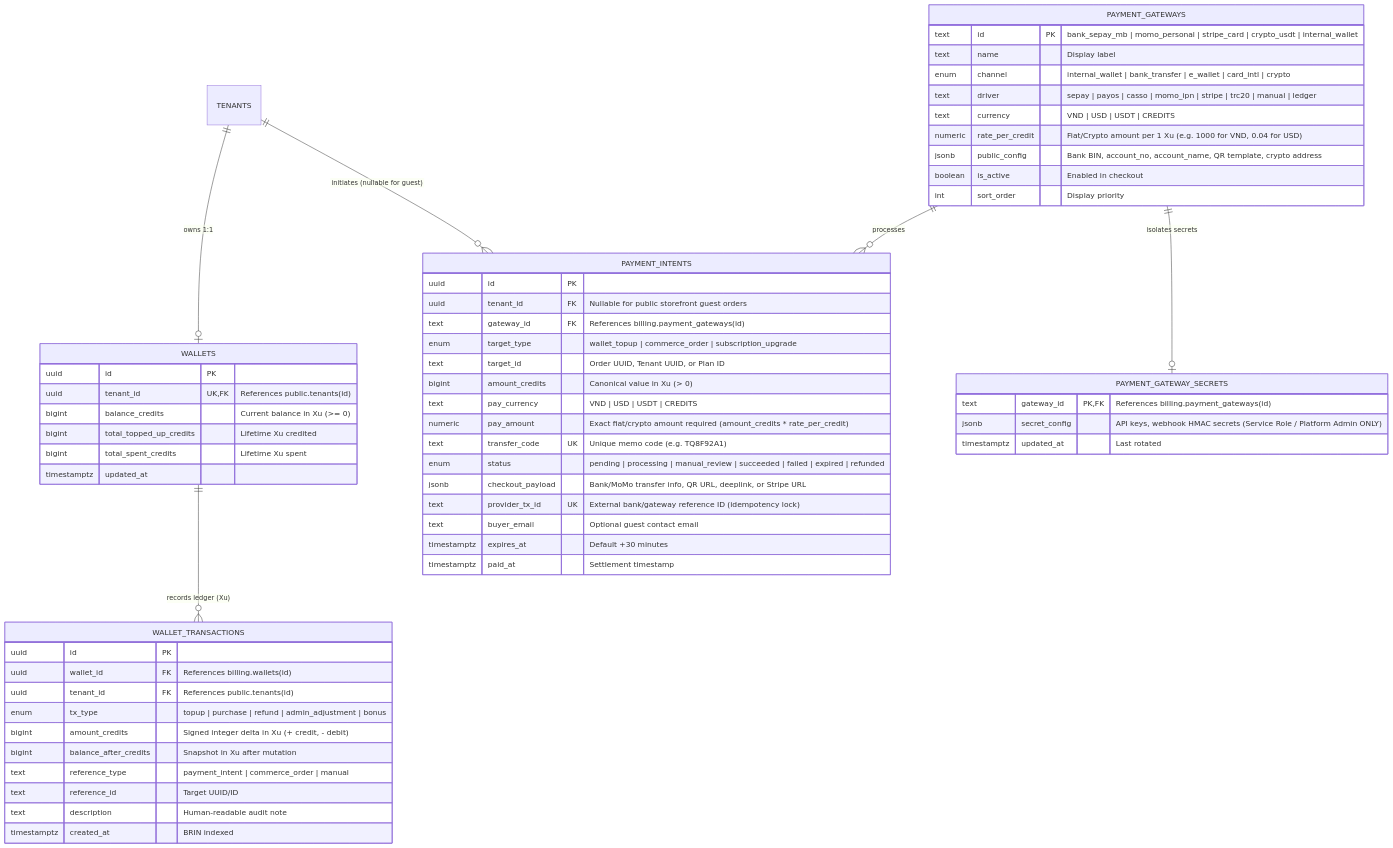
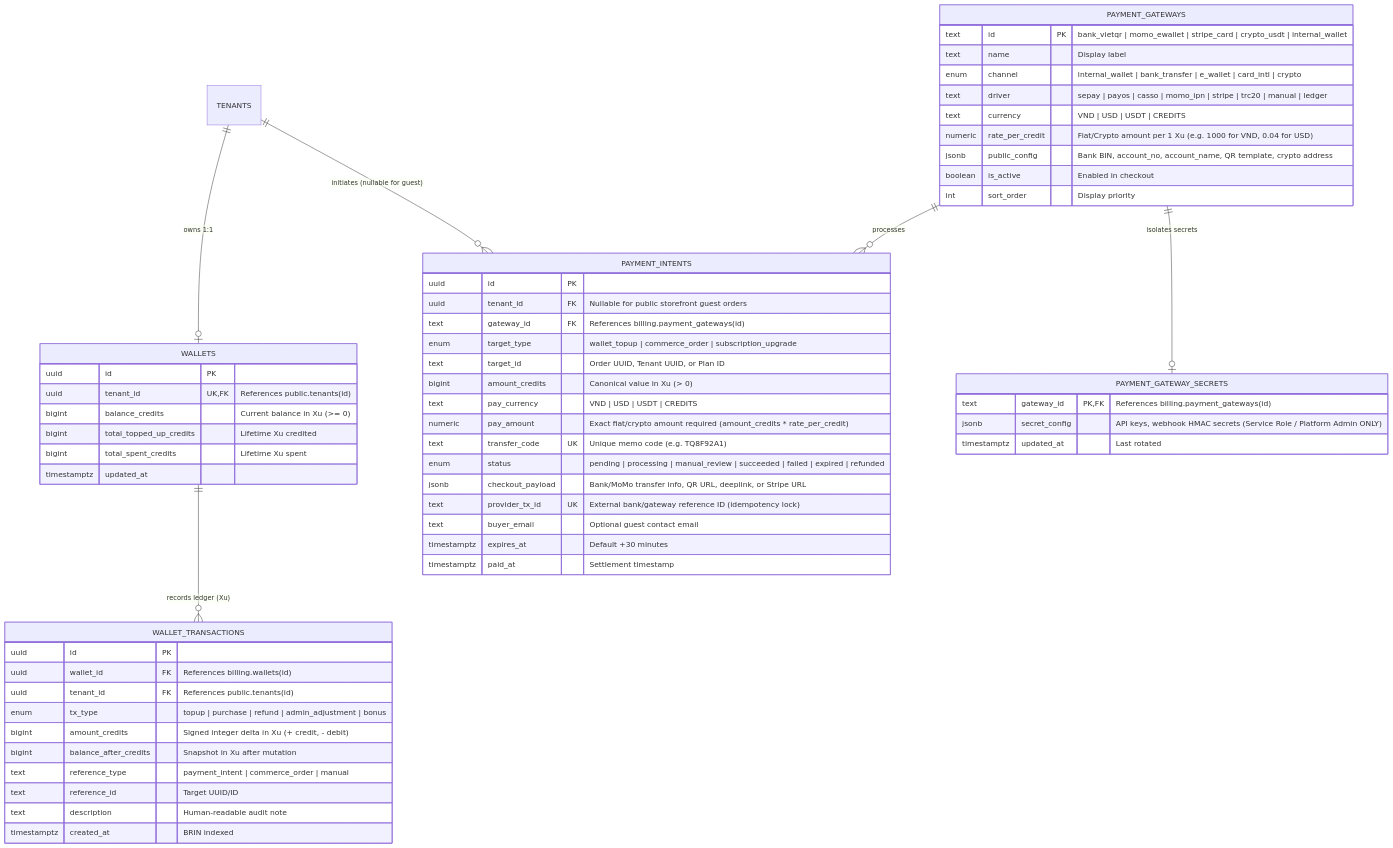
Before and after one commit to tuquet/console: the diagram in apps/web-admin/docs/specs/SPEC-payment-gateway.md, drawn with Mermaid. The commit also changed other lines of this file and 168 other files, not shown here.

Commit message:
feat(@tuquet/admin-web): add dynamic VxeForm detail sheet, RLS schema registry, and overview pages

````diff
--- a/apps/web-admin/docs/specs/SPEC-payment-gateway.md
+++ b/apps/web-admin/docs/specs/SPEC-payment-gateway.md
@@ -88,66 +83,66 @@
 ```mermaid
 erDiagram
     TENANTS ||--o| WALLETS : "owns 1:1"
     WALLETS ||--o{ WALLET_TRANSACTIONS : "records ledger (Xu)"
     PAYMENT_GATEWAYS ||--o{ PAYMENT_INTENTS : "processes"
     PAYMENT_GATEWAYS ||--o| PAYMENT_GATEWAY_SECRETS : "isolates secrets"
     TENANTS ||--o{ PAYMENT_INTENTS : "initiates (nullable for guest)"
 
     PAYMENT_GATEWAYS {
-        text id PK "bank_sepay_mb | momo_personal | stripe_card | crypto_usdt | internal_wallet"
+        text id PK "bank_vietqr | momo_ewallet | stripe_card | crypto_usdt | internal_wallet"
         text name "Display label"
         enum channel "internal_wallet | bank_transfer | e_wallet | card_intl | crypto"
         text driver "sepay | payos | casso | momo_ipn | stripe | trc20 | manual | ledger"
         text currency "VND | USD | USDT | CREDITS"
         numeric rate_per_credit "Fiat/Crypto amount per 1 Xu (e.g. 1000 for VND, 0.04 for USD)"
         jsonb public_config "Bank BIN, account_no, account_name, QR template, crypto address"
         boolean is_active "Enabled in checkout"
         int sort_order "Display priority"
     }
 
     PAYMENT_GATEWAY_SECRETS {
         text gateway_id PK,FK "References billing.payment_gateways(id)"
         jsonb secret_config "API keys, webhook HMAC secrets (Service Role / Platform Admin ONLY)"
         timestamptz updated_at "Last rotated"
     }
 
     WALLETS {
         uuid id PK
         uuid tenant_id UK,FK "References public.tenants(id)"
         bigint balance_credits "Current balance in Xu (>= 0)"
         bigint total_topped_up_credits "Lifetime Xu credited"
         bigint total_spent_credits "Lifetime Xu spent"
         timestamptz updated_at
     }
 
     WALLET_TRANSACTIONS {
         uuid id PK
         uuid wallet_id FK "References billing.wallets(id)"
         uuid tenant_id FK "References public.tenants(id)"
         enum tx_type "topup | purchase | refund | admin_adjustment | bonus"
         bigint amount_credits "Signed integer delta in Xu (+ credit, - debit)"
         bigint balance_after_credits "Snapshot in Xu after mutation"
         text reference_type "payment_intent | commerce_order | manual"
         text reference_id "Target UUID/ID"
         text description "Human-readable audit note"
         timestamptz created_at "BRIN indexed"
     }
 
     PAYMENT_INTENTS {
         uuid id PK
         uuid tenant_id FK "Nullable for public storefront guest orders"
         text gateway_id FK "References billing.payment_gateways(id)"
         enum target_type "wallet_topup | commerce_order | subscription_upgrade"
         text target_id "Order UUID, Tenant UUID, or Plan ID"
         bigint amount_credits "Canonical value in Xu (> 0)"
         text pay_currency "VND | USD | USDT | CREDITS"
         numeric pay_amount "Exact fiat/crypto amount required (amount_credits * rate_per_credit)"
         text transfer_code UK "Unique memo code (e.g. TQ8F92A1)"
         enum status "pending | processing | manual_review | succeeded | failed | expired | refunded"
         jsonb checkout_payload "Bank/MoMo transfer info, QR URL, deeplink, or Stripe URL"
         text provider_tx_id UK "External bank/gateway reference ID (idempotency lock)"
         text buyer_email "Optional guest contact email"
         timestamptz expires_at "Default +30 minutes"
         timestamptz paid_at "Settlement timestamp"
     }
 ```
````
